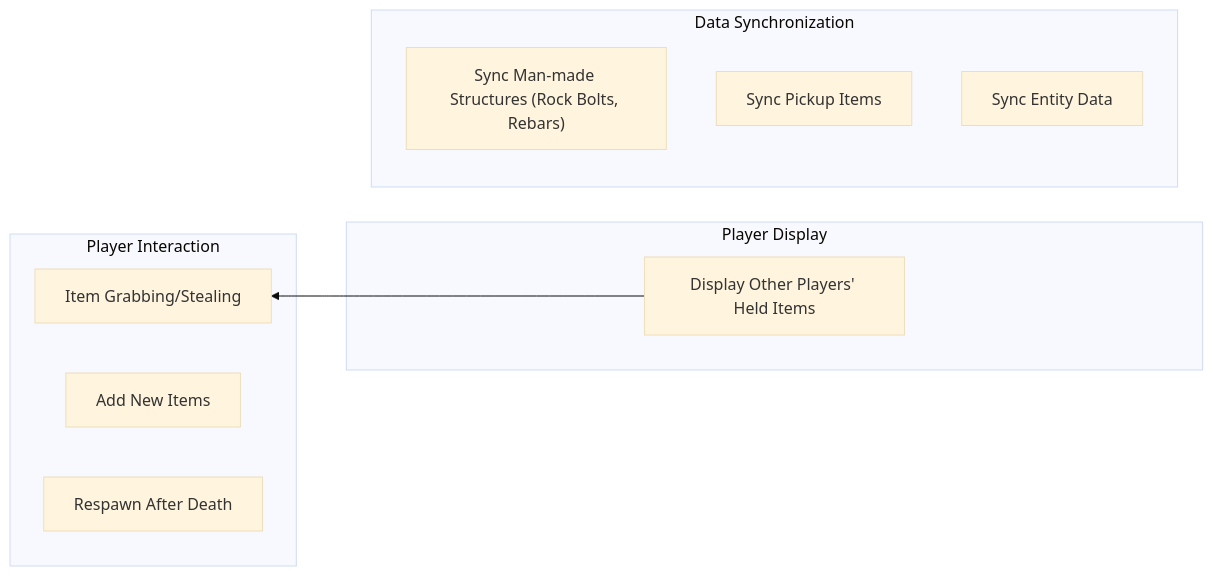
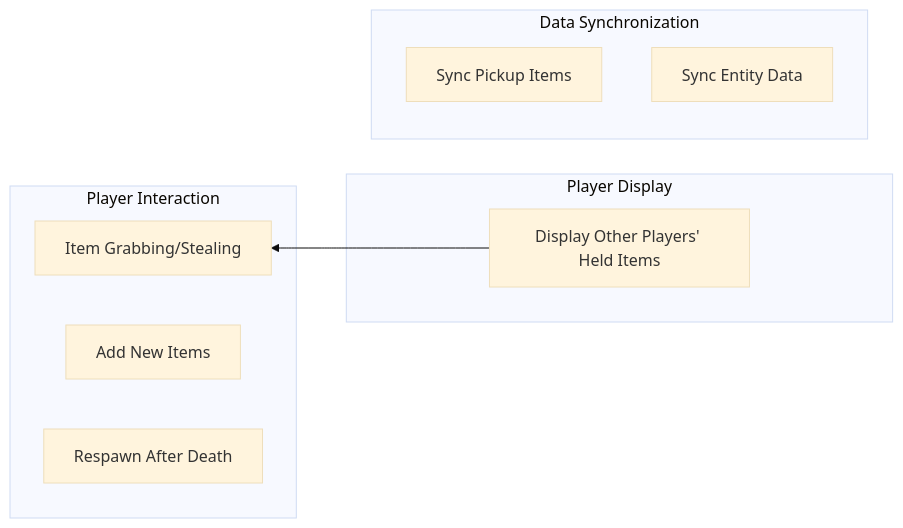
Before and after one commit to Shen-X-L/WKMultiMod: the diagram in README.md, drawn with Mermaid (base theme). The commit also changed other lines of this file and 4 other files, not shown here.

````diff
--- a/README.md
+++ b/README.md
@@ -22,24 +22,23 @@
 ```mermaid
 graph RL
     %% Module 1: Player Display
     subgraph Player Display
         1d[Display Other Players' Held Items]
     end
 
     %% Module 2: Player Interaction
     subgraph Player Interaction
         2b[Item Grabbing/Stealing]
         2c[Add New Items]
         2e[Respawn After Death]
     end
 
     %% Module 3: Data Synchronization
     subgraph Data Synchronization
-        3a["Sync Man-made Structures (Rock Bolts, Rebars)"]
         3c[Sync Pickup Items]
         3e[Sync Entity Data]
     end
 
     %% Dependency Connections (cross-module and within modules)
     1d --> 2b
 ```
````
